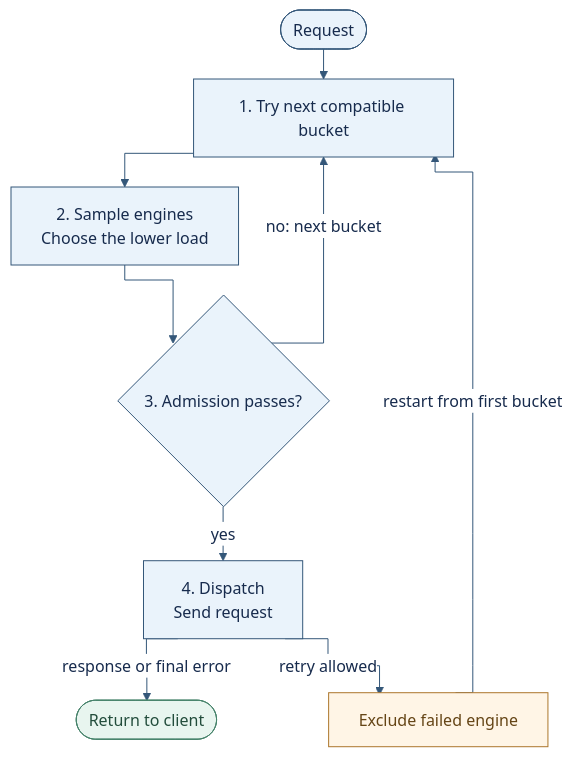
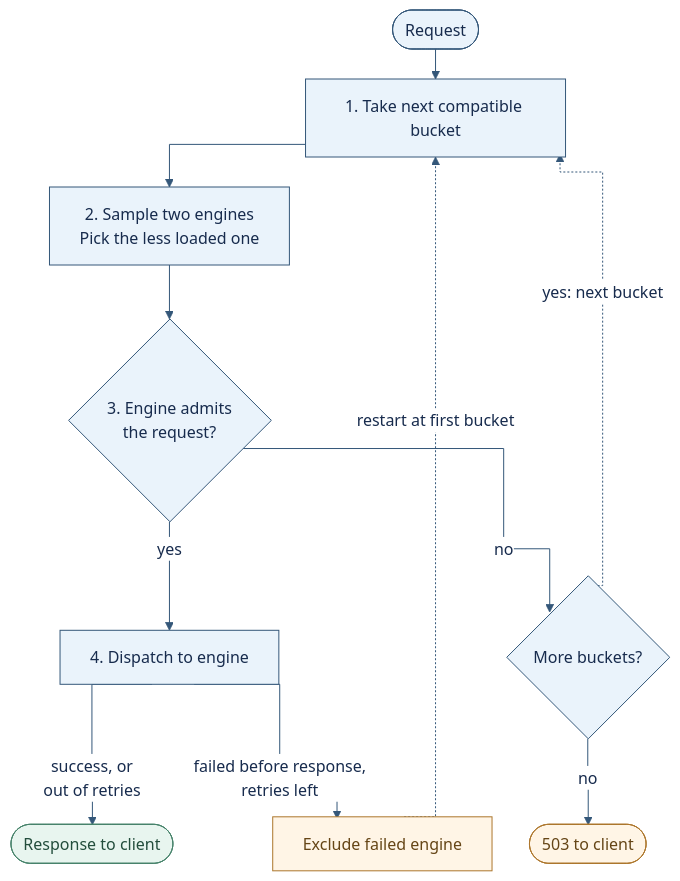
The first of 3 diagrams in experimental/sgl-router/ARCHITECTURE.md (sgl-project/sglang), drawn with Mermaid before and after one commit. The commit also changed other lines of this file, not shown here.

Commit message:
docs(sgl-router): clarify load-aware routing diagram

````diff
--- a/experimental/sgl-router/ARCHITECTURE.md
+++ b/experimental/sgl-router/ARCHITECTURE.md
@@ -49,16 +52,18 @@
 ```mermaid
 %%{init: {"theme": "base", "themeVariables": {"primaryColor": "#eaf3fb", "primaryTextColor": "#172b4d", "primaryBorderColor": "#345779", "lineColor": "#345779", "edgeLabelBackground": "#ffffff"}, "flowchart": {"curve": "stepAfter", "rankSpacing": 30, "nodeSpacing": 30}}}%%
 flowchart TD
-    R([Request]) --> B["1. Try next compatible bucket"]
-    B --> S["2. Sample engines<br/>Choose the lower load"]
-    S --> A{"3. Admission passes?"}
-    A -->|yes| D["4. Dispatch<br/>Send request"]
-    D -->|response or final error| E([Return to client])
-    A -->|no: next bucket| B
-    D -->|retry allowed| T["Exclude failed engine"]
-    T -->|restart from first bucket| B
+    R([Request]) --> B["1. Take next compatible bucket"]
+    B --> S["2. Sample two engines<br/>Pick the less loaded one"]
+    S --> A{"3. Engine admits<br/>the request?"}
+    A -->|yes| D["4. Dispatch to engine"]
+    A -->|no| M{"More buckets?"}
+    M -->|no| X(["503 to client"])
+    D -->|success, or<br/>out of retries| E([Response to client])
+    D -->|failed before response,<br/>retries left| T["Exclude failed engine"]
+    M -.->|yes: next bucket| B
+    T -.->|restart at first bucket| B
     classDef next fill:#fff5e6,stroke:#ac762c,color:#654516;
     classDef done fill:#e8f5ef,stroke:#46826a,color:#234d3c;
-    class T next;
+    class T,X next;
     class E done;
 ```
````
